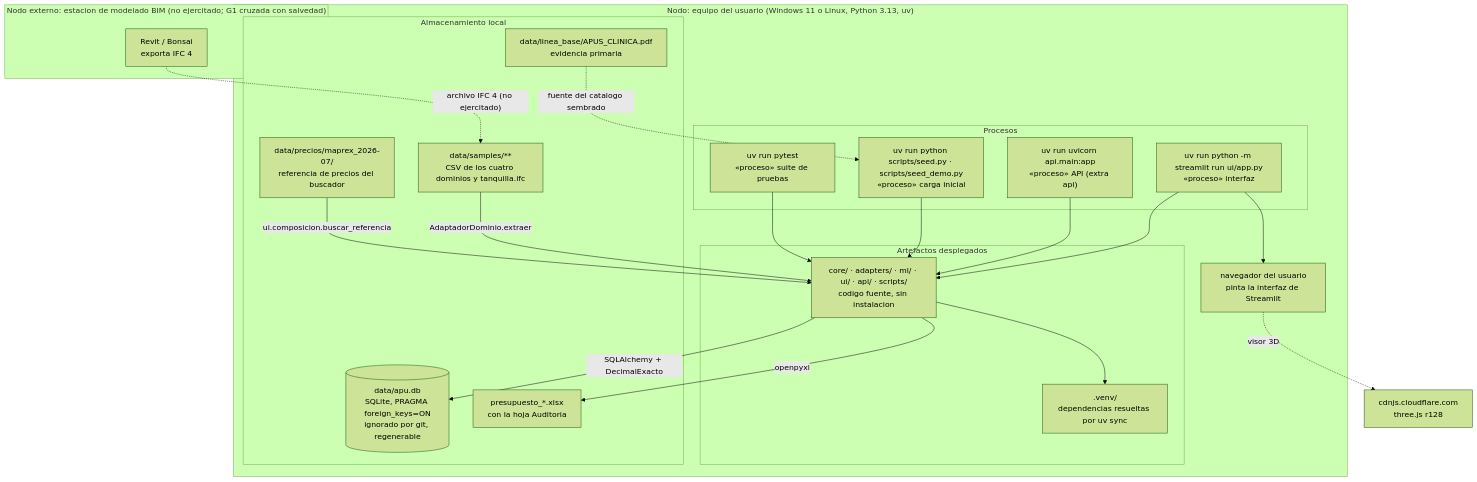
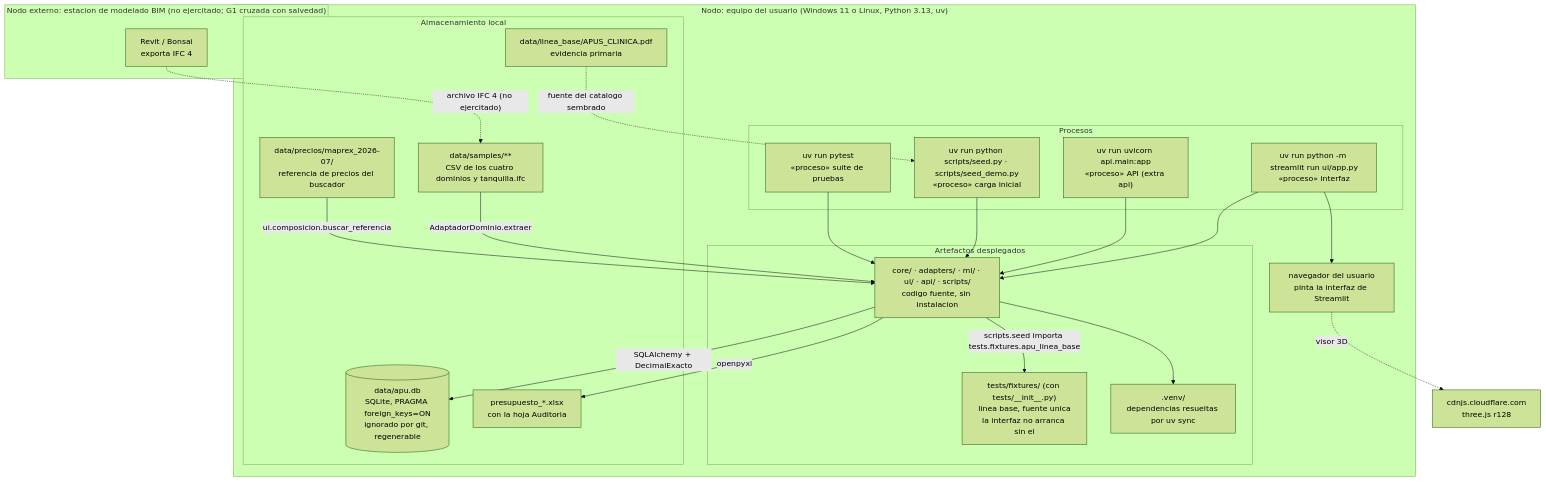
One commit to EugenioRRijo/silice changed the eighth of 8 diagrams in docs/arquitectura.md. Above: the diagram before and after it, drawn with Mermaid (forest theme). The commit also changed other lines of this file, not shown here.

First line of the commit message:
docs(arquitectura): scripts depende de tests.fixtures y la interfaz lo necesita

````diff
--- a/docs/arquitectura.md
+++ b/docs/arquitectura.md
@@ -1217,42 +1234,44 @@
 ```mermaid
 flowchart TB
     subgraph modelador["Nodo externo: estacion de modelado BIM (no ejercitado; G1 cruzada con salvedad)"]
         revit["Revit / Bonsai<br/>exporta IFC 4"]
     end
 
     subgraph equipo["Nodo: equipo del usuario (Windows 11 o Linux, Python 3.13, uv)"]
         subgraph procesos["Procesos"]
             streamlit["uv run python -m streamlit run ui/app.py<br/>«proceso» interfaz"]
             fastapi["uv run uvicorn api.main:app<br/>«proceso» API (extra api)"]
             seed["uv run python scripts/seed.py · scripts/seed_demo.py<br/>«proceso» carga inicial"]
             pytest["uv run pytest<br/>«proceso» suite de pruebas"]
         end
         subgraph artefactos["Artefactos desplegados"]
             paquetes["core/ · adapters/ · ml/ · ui/ · api/ · scripts/<br/>codigo fuente, sin instalacion"]
+            fixtures["tests/fixtures/ (con tests/__init__.py)<br/>linea base, fuente unica<br/>la interfaz no arranca sin el"]
             venv[".venv/<br/>dependencias resueltas por uv sync"]
         end
         subgraph datos["Almacenamiento local"]
             db[("data/apu.db<br/>SQLite, PRAGMA foreign_keys=ON<br/>ignorado por git, regenerable")]
             samples["data/samples/**<br/>CSV de los cuatro dominios y tanquilla.ifc"]
             referencia["data/precios/maprex_2026-07/<br/>referencia de precios del buscador"]
             base["data/linea_base/APUS_CLINICA.pdf<br/>evidencia primaria"]
             salidas["presupuesto_*.xlsx<br/>con la hoja Auditoria"]
         end
         navegador["navegador del usuario<br/>pinta la interfaz de Streamlit"]
     end
     cdn["cdnjs.cloudflare.com<br/>three.js r128"]
 
     revit -.->|"archivo IFC 4 (no ejercitado)"| samples
     streamlit --> paquetes
     fastapi --> paquetes
     seed --> paquetes
     pytest --> paquetes
     paquetes --> venv
+    paquetes -->|"scripts.seed importa tests.fixtures.apu_linea_base"| fixtures
     paquetes -->|"SQLAlchemy + DecimalExacto"| db
     samples -->|"AdaptadorDominio.extraer"| paquetes
     referencia -->|"ui.composicion.buscar_referencia"| paquetes
     base -.->|"fuente del catalogo sembrado"| seed
     paquetes -->|"openpyxl"| salidas
     streamlit --> navegador
     navegador -.->|"visor 3D"| cdn
 ```
````
